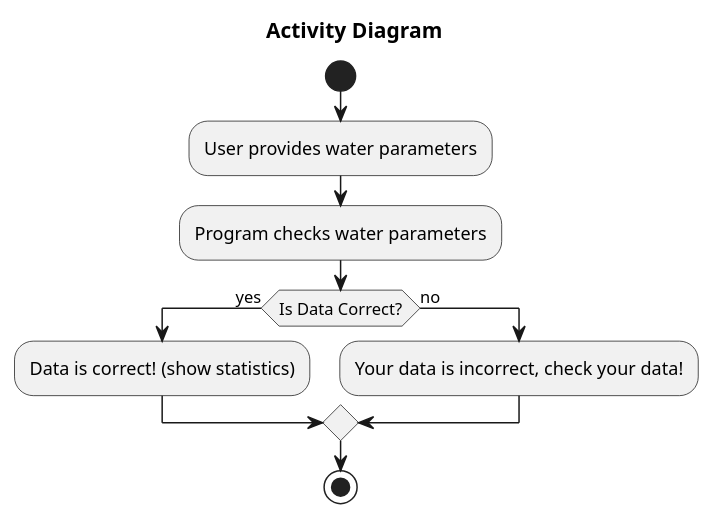
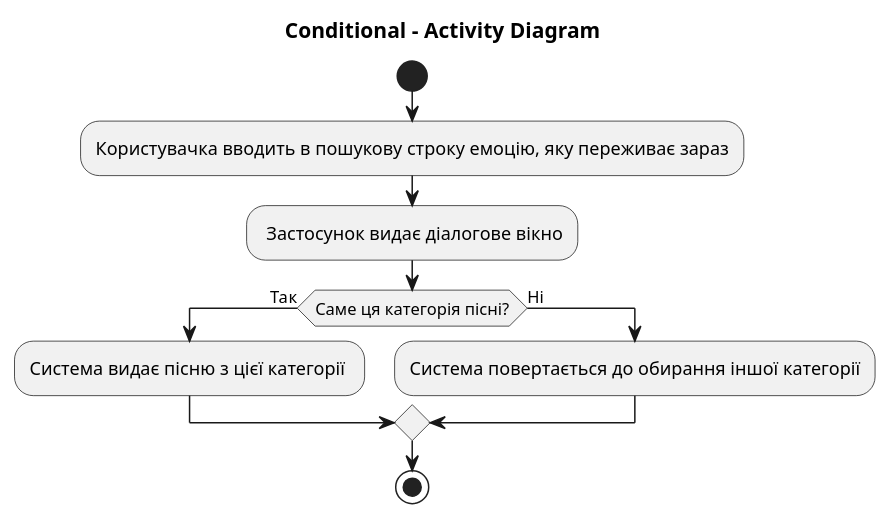
The diagram in 2.7-PlantUML/UML-Activity.puml (oleksandrblazhko/eai205-chobotar), drawn with PlantUML before and after one commit.

```diff
--- a/2.7-PlantUML/UML-Activity.puml
+++ b/2.7-PlantUML/UML-Activity.puml
@@ -1,18 +1,18 @@
 @startuml
 
-title Activity Diagram 
+title Conditional - Activity Diagram 
 
 start
 
-:User provides water parameters; 
-:Program checks water parameters;
+:Користувачка вводить в пошукову строку емоцію, яку переживає зараз;
+: Застосунок видає діалогове вікно;
 
-if (Is Data Correct?) then (yes)
-  :Data is correct! (show statistics);
-else (no)
-  :Your data is incorrect, check your data!;
+if (Саме ця категорія пісні?) then (Так)
+  :Система видає пісню з цієї категорії ;
+else (Ні)
+  :Система повертається до обирання іншої категорії;
 endif
 
 stop
 
 @enduml
```
